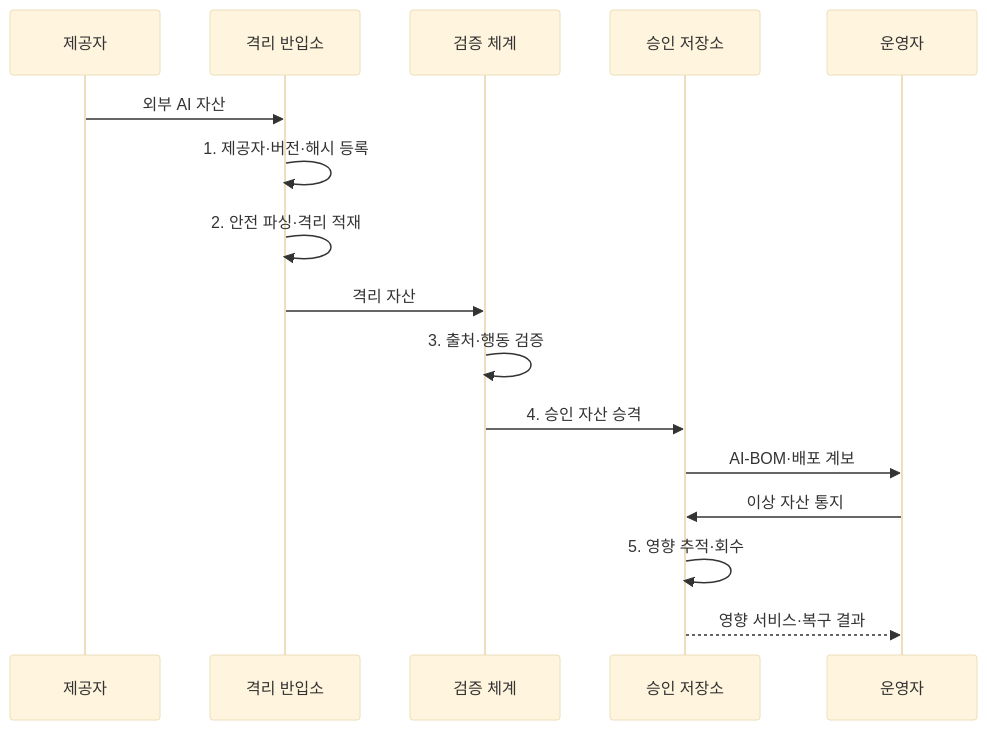
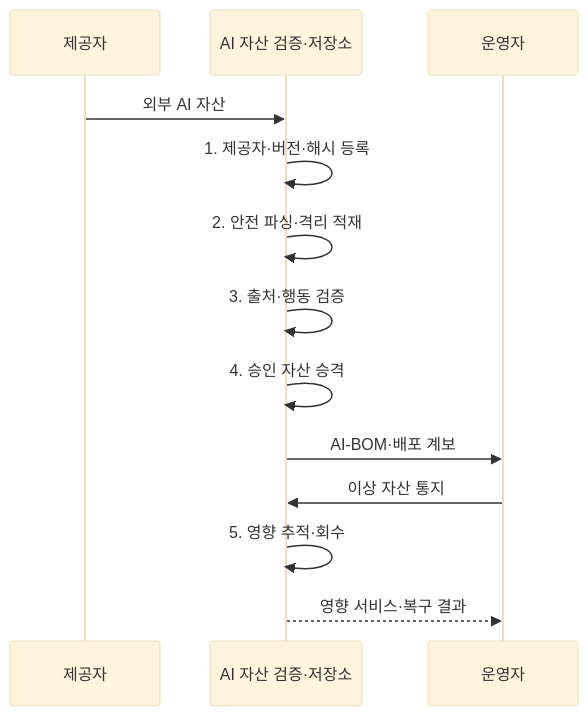
One commit to agnusdei1207/knowledge-base changed the second of 2 diagrams in src/content/docs/notes/05-security/093_ai_supply_chain_security.md. Above: the diagram before and after it, drawn with Mermaid (base theme). The commit also changed 9 other files, not shown here.

Commit message:
Simplify AI security sequence actors

````diff
--- a/src/content/docs/notes/05-security/093_ai_supply_chain_security.md
+++ b/src/content/docs/notes/05-security/093_ai_supply_chain_security.md
@@ -98,18 +98,15 @@
 ```mermaid
 sequenceDiagram
     participant P as 제공자
-    participant Q as 격리 반입소
-    participant V as 검증 체계
-    participant R as 승인 저장소
+    participant R as AI 자산 검증·저장소
     participant O as 운영자
-    P->>Q: 외부 AI 자산
-    Q->>Q: 1. 제공자·버전·해시 등록
-    Q->>Q: 2. 안전 파싱·격리 적재
-    Q->>V: 격리 자산
-    V->>V: 3. 출처·행동 검증
-    V->>R: 4. 승인 자산 승격
+    P->>R: 외부 AI 자산
+    R->>R: 1. 제공자·버전·해시 등록
+    R->>R: 2. 안전 파싱·격리 적재
+    R->>R: 3. 출처·행동 검증
+    R->>R: 4. 승인 자산 승격
     R->>O: AI-BOM·배포 계보
     O->>R: 이상 자산 통지
     R->>R: 5. 영향 추적·회수
     R-->>O: 영향 서비스·복구 결과
 ```
````
